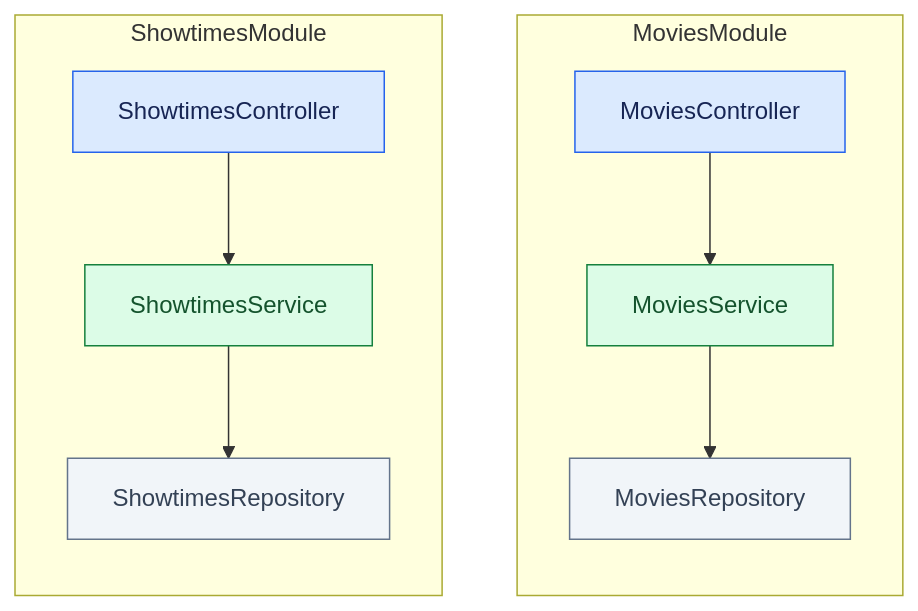
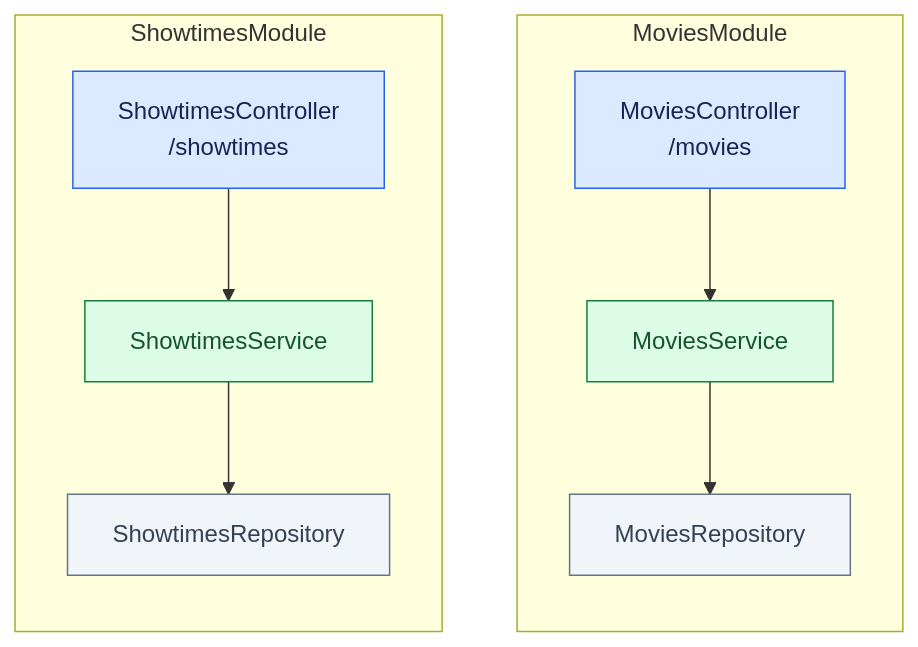
The first of 5 diagrams in README.ko.md (mannercode/nestjs-sola-example), drawn with Mermaid before and after one commit. The commit also changed other lines of this file and 1 other file, not shown here.

Commit message:
docs: show routes in controller dependency diagrams

````diff
--- a/README.ko.md
+++ b/README.ko.md
@@ -18,19 +18,19 @@
 ```mermaid
 flowchart TB
     subgraph MoviesModule["MoviesModule"]
         direction TB
-        MoviesController["MoviesController"] --> MoviesService["MoviesService"]
+        MoviesController["MoviesController<br/>/movies"] --> MoviesService["MoviesService"]
         MoviesService --> MoviesRepository["MoviesRepository"]
     end
     subgraph ShowtimesModule["ShowtimesModule"]
         direction TB
-        ShowtimesController["ShowtimesController"] --> ShowtimesService["ShowtimesService"]
+        ShowtimesController["ShowtimesController<br/>/showtimes"] --> ShowtimesService["ShowtimesService"]
         ShowtimesService --> ShowtimesRepository["ShowtimesRepository"]
     end
     classDef controller fill:#dbeafe,stroke:#2563eb,color:#172554
     classDef service fill:#dcfce7,stroke:#15803d,color:#14532d
     classDef repository fill:#f1f5f9,stroke:#64748b,color:#334155
     class MoviesController,ShowtimesController controller
     class MoviesService,ShowtimesService service
     class MoviesRepository,ShowtimesRepository repository
 ```
````
